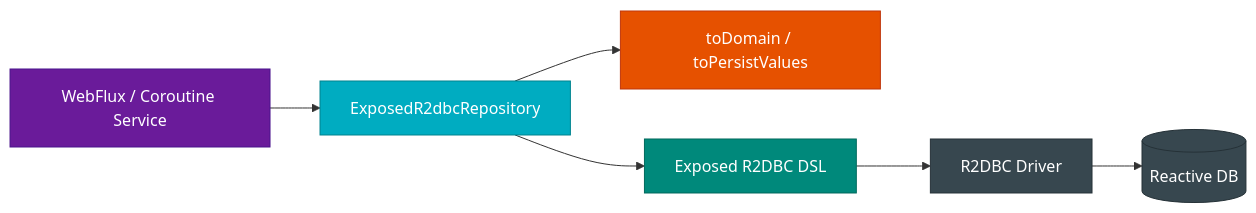
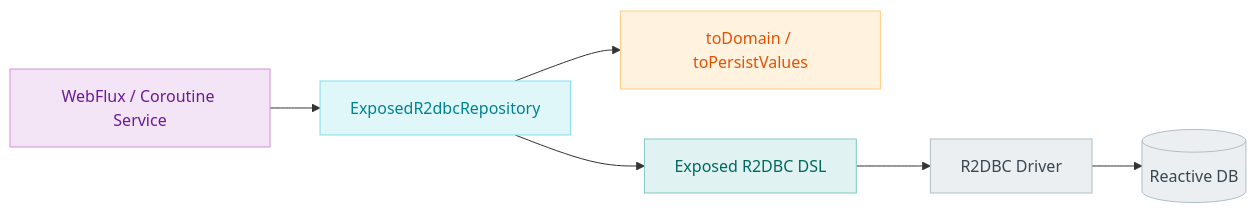
Before and after one commit to bluetape4k/bluetape4k-projects: the second of 2 diagrams in spring-boot4/exposed-r2dbc/README.ko.md, drawn with Mermaid. The commit also changed other lines of this file and 219 other files, not shown here.

First line of the commit message:
docs: 전체 README Mermaid 다이어그램 가이드 적용

````diff
--- a/spring-boot4/exposed-r2dbc/README.ko.md
+++ b/spring-boot4/exposed-r2dbc/README.ko.md
@@ -74,27 +74,27 @@
 ```mermaid
 flowchart LR
     WebFlux["WebFlux / Coroutine Service"]
     Repo["ExposedR2dbcRepository"]
     Mapper["toDomain / toPersistValues"]
     DSL["Exposed R2DBC DSL"]
     Driver["R2DBC Driver"]
     DB[("Reactive DB")]
 
     WebFlux --> Repo
     Repo --> Mapper
     Repo --> DSL
     DSL --> Driver
     Driver --> DB
 
-    classDef webStyle fill:#6A1B9A,stroke:#4A148C,color:#FFFFFF
-    classDef repoStyle fill:#00ACC1,stroke:#00838F,color:#FFFFFF
-    classDef mapperStyle fill:#E65100,stroke:#BF360C,color:#FFFFFF
-    classDef dslStyle fill:#00897B,stroke:#00695C,color:#FFFFFF
-    classDef dbStyle fill:#37474F,stroke:#263238,color:#FFFFFF
+    classDef webStyle fill:#F3E5F5,stroke:#CE93D8,color:#6A1B9A
+    classDef repoStyle fill:#E0F7FA,stroke:#80DEEA,color:#00838F
+    classDef mapperStyle fill:#FFF3E0,stroke:#FFCC80,color:#E65100
+    classDef dslStyle fill:#E0F2F1,stroke:#80CBC4,color:#00695C
+    classDef dbStyle fill:#ECEFF1,stroke:#B0BEC5,color:#37474F
 
     class WebFlux webStyle
     class Repo repoStyle
     class Mapper mapperStyle
     class DSL dslStyle
     class Driver,DB dbStyle
 ```
````
